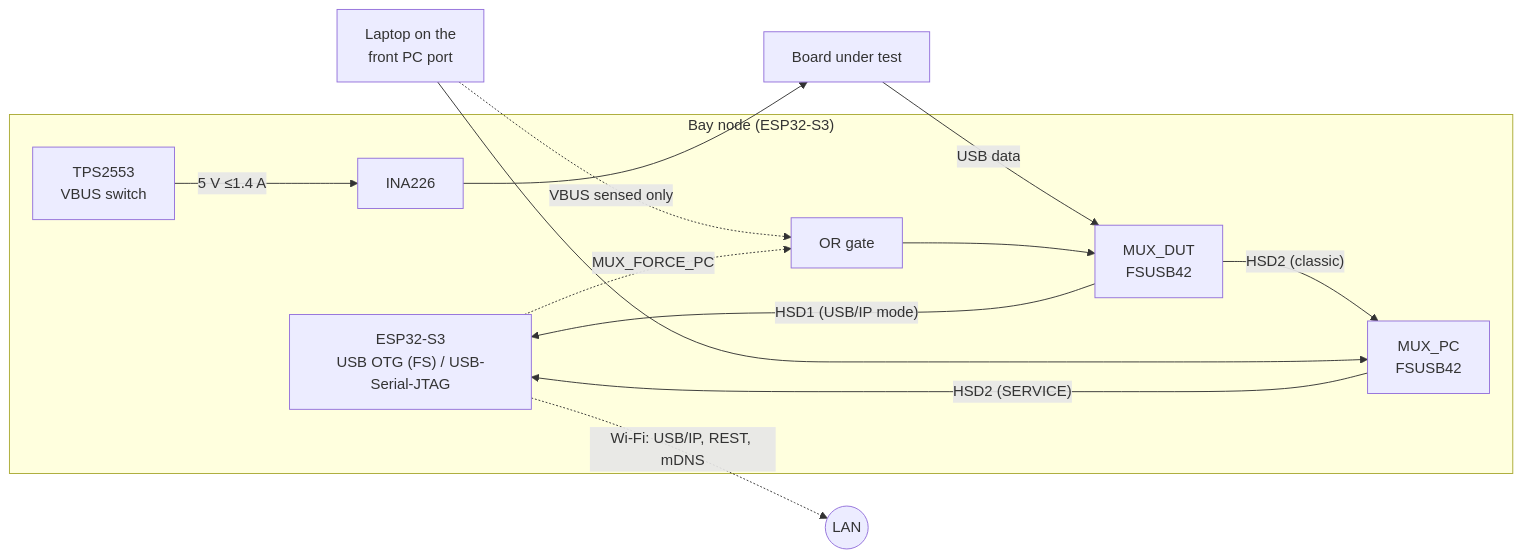
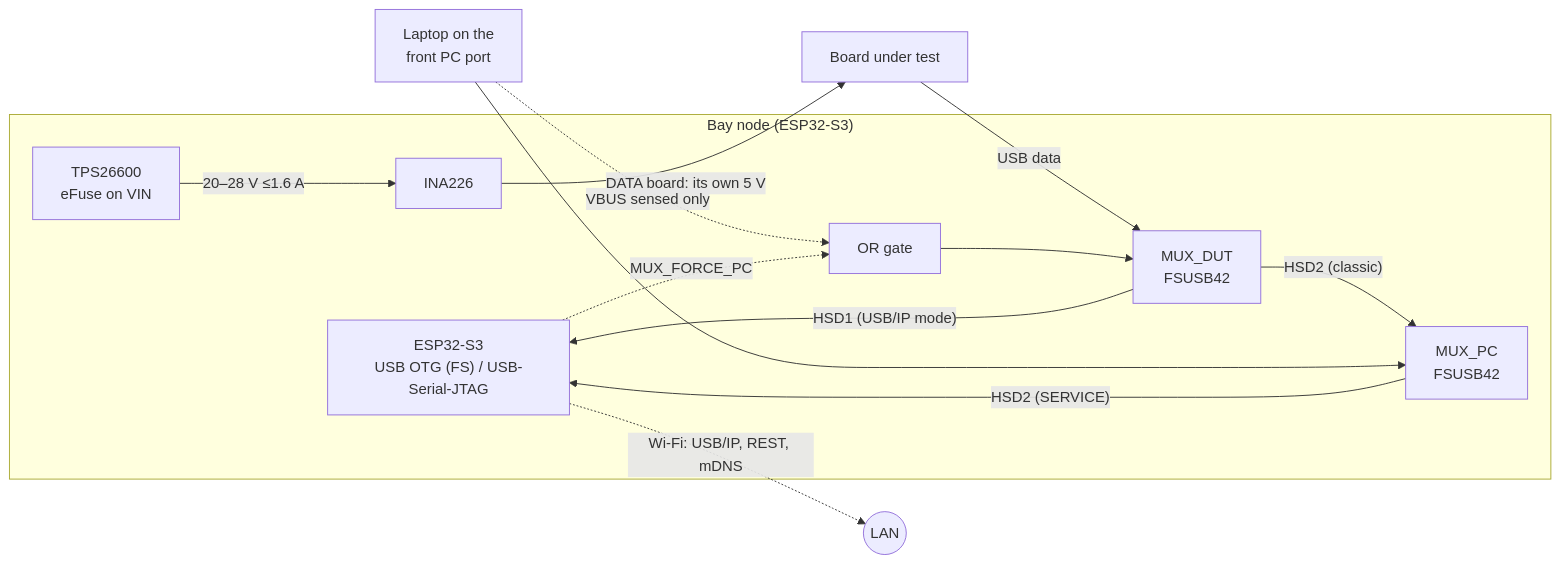
One commit to kartben/hw-testing-rack changed the diagram in docs/architecture.md. Above: the diagram before and after it, drawn with Mermaid. The commit also changed 26 other files, not shown here.

First line of the commit message:
Node: the DATA lead on VIN through a TPS26600 eFuse

````diff
--- a/docs/architecture.md
+++ b/docs/architecture.md
@@ -69,20 +69,20 @@
 ```mermaid
 flowchart LR
   subgraph Node["Bay node (ESP32-S3)"]
     ESP["ESP32-S3<br/>USB OTG (FS) / USB-Serial-JTAG"]
     MUXD["MUX_DUT<br/>FSUSB42"]
     MUXP["MUX_PC<br/>FSUSB42"]
     OR["OR gate"]
-    SW["TPS2553<br/>VBUS switch"]
+    SW["TPS26600<br/>eFuse on VIN"]
     INA["INA226"]
   end
   DUT["Board under test"] -- "USB data" --> MUXD
   MUXD -- "HSD1 (USB/IP mode)" --> ESP
   MUXD -- "HSD2 (classic)" --> MUXP
   PC["Laptop on the<br/>front PC port"] --> MUXP
   MUXP -- "HSD2 (SERVICE)" --> ESP
-  SW -- "5 V ≤1.4 A" --> INA --> DUT
+  SW -- "20–28 V ≤1.6 A" --> INA -- "DATA board: its own 5 V" --> DUT
   PC -. "VBUS sensed only" .-> OR --> MUXD
   ESP -. "MUX_FORCE_PC" .-> OR
   ESP -. "Wi-Fi: USB/IP, REST, mDNS" .-> LAN(("LAN"))
 ```
````
